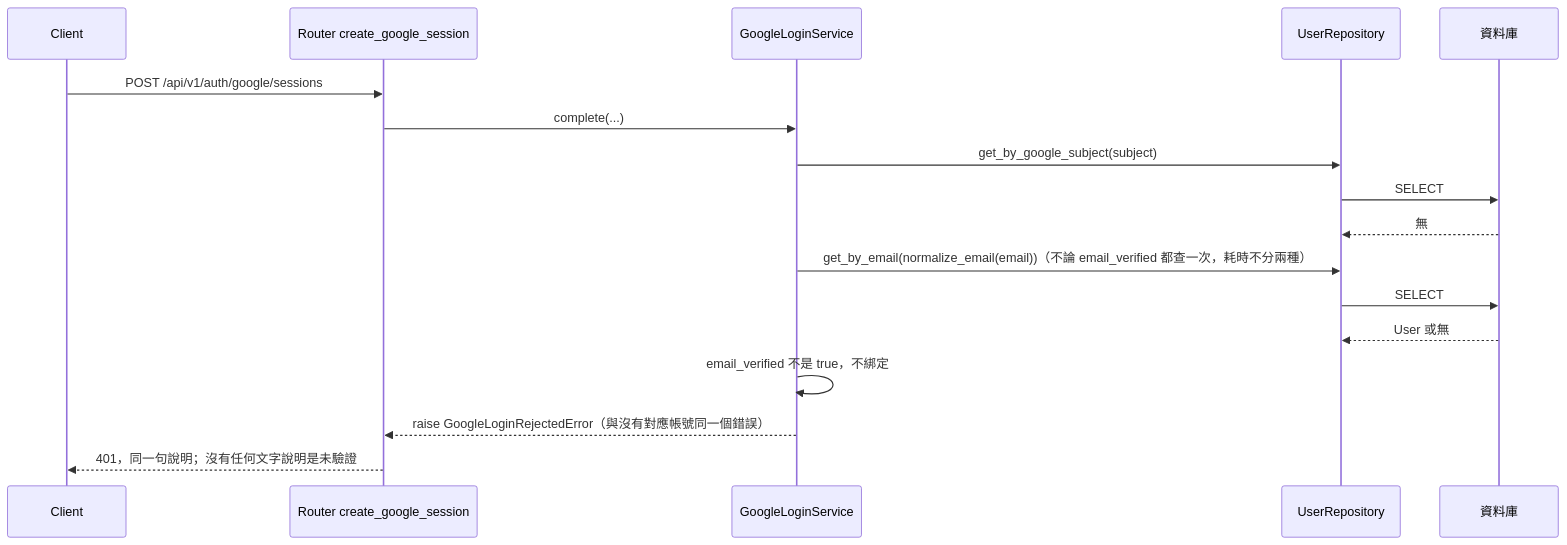
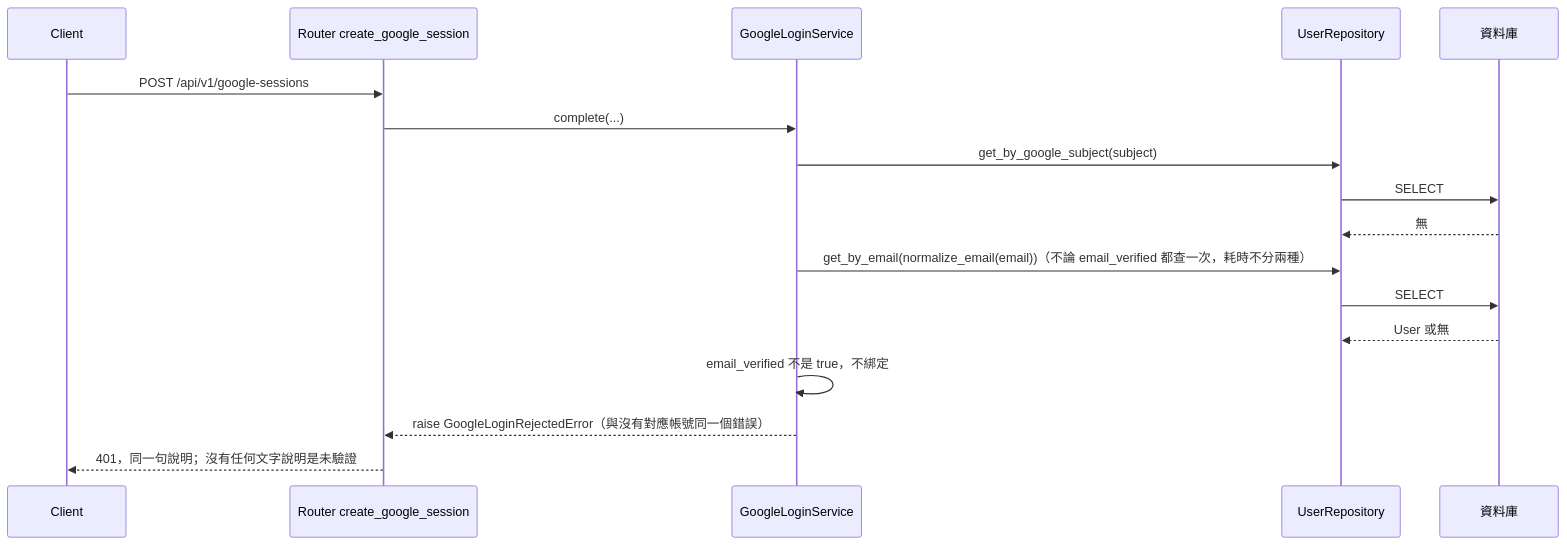
One commit to label-suite/label-suite changed diagram 15 of 30 in openspec/changes/login-auth-guard/system-design.md. Above: the diagram before and after it, drawn with Mermaid. The commit also changed other lines of this file and 4 other files, not shown here.

First line of the commit message:
docs: write the api contract for login and auth guard (#719)

````diff
--- a/openspec/changes/login-auth-guard/system-design.md
+++ b/openspec/changes/login-auth-guard/system-design.md
@@ -642,19 +642,19 @@
 ```mermaid
 sequenceDiagram
   participant C as Client
   participant R as Router create_google_session
   participant G as GoogleLoginService
   participant U as UserRepository
   participant DB as 資料庫
-  C->>R: POST /api/v1/auth/google/sessions
+  C->>R: POST /api/v1/google-sessions
   R->>G: complete(...)
   G->>U: get_by_google_subject(subject)
   U->>DB: SELECT
   DB-->>U: 無
   G->>U: get_by_email(normalize_email(email))（不論 email_verified 都查一次，耗時不分兩種）
   U->>DB: SELECT
   DB-->>U: User 或無
   G->>G: email_verified 不是 true，不綁定
   G-->>R: raise GoogleLoginRejectedError（與沒有對應帳號同一個錯誤）
   R-->>C: 401，同一句說明；沒有任何文字說明是未驗證
 ```
````
